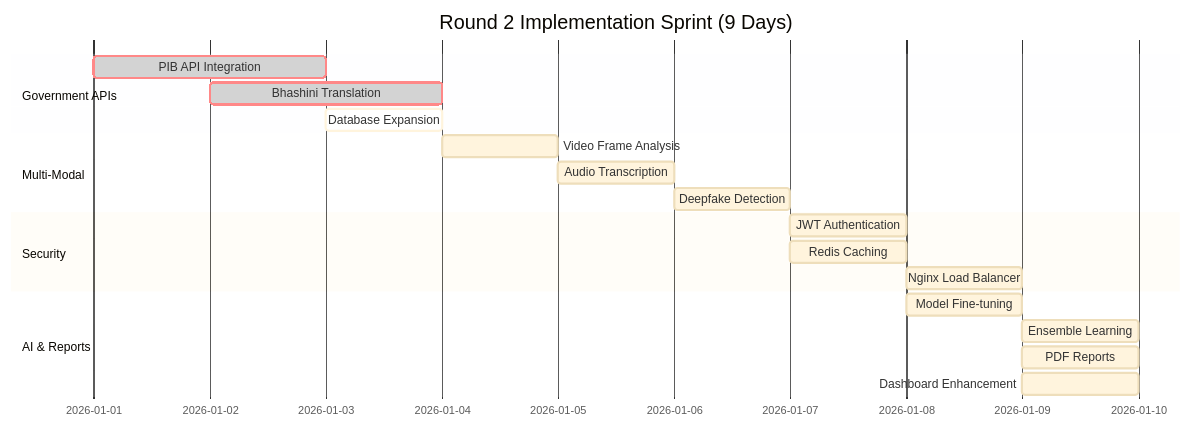
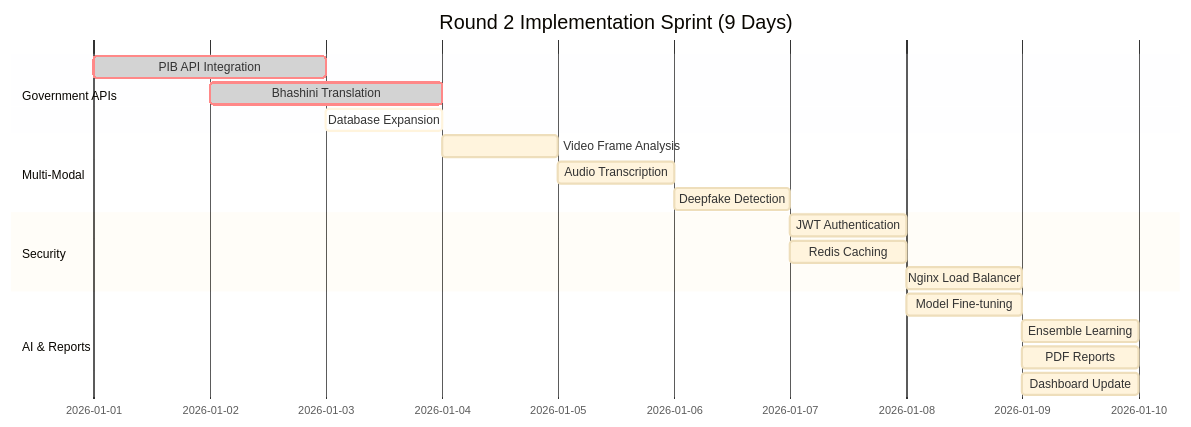
One commit to KamelSayed/SATYA-DRISHTI changed the seventh of 7 diagrams in docs/round2/ROUND2_IMPROVEMENTS.md. Above: the diagram before and after it, drawn with Mermaid.

Commit message:
Shorten Dashboard Enhancement text

````diff
--- a/docs/round2/ROUND2_IMPROVEMENTS.md
+++ b/docs/round2/ROUND2_IMPROVEMENTS.md
@@ -735,24 +735,24 @@
 ```mermaid
 %%{init: {'theme':'base'}}%%
 gantt
     title Round 2 Implementation Sprint (9 Days)
     dateFormat  YYYY-MM-DD
     todayMarker off
     section Government APIs
     PIB API Integration       :crit, done, api1, 2026-01-01, 2d
     Bhashini Translation      :crit, done, api2, 2026-01-02, 2d
     Database Expansion        :active, api3, 2026-01-03, 1d
     section Multi-Modal
     Video Frame Analysis      :video1, 2026-01-04, 1d
     Audio Transcription       :video2, 2026-01-05, 1d
     Deepfake Detection        :video3, 2026-01-06, 1d
     section Security
     JWT Authentication        :sec1, 2026-01-07, 1d
     Redis Caching            :sec2, 2026-01-07, 1d
     Nginx Load Balancer      :sec3, 2026-01-08, 1d
     section AI & Reports
     Model Fine-tuning        :ai1, 2026-01-08, 1d
     Ensemble Learning        :ai2, 2026-01-09, 1d
     PDF Reports              :report1, 2026-01-09, 1d
-    Dashboard Enhancement    :report2, 2026-01-09, 1d
+    Dashboard Update         :report2, 2026-01-09, 1d
 ```
````
